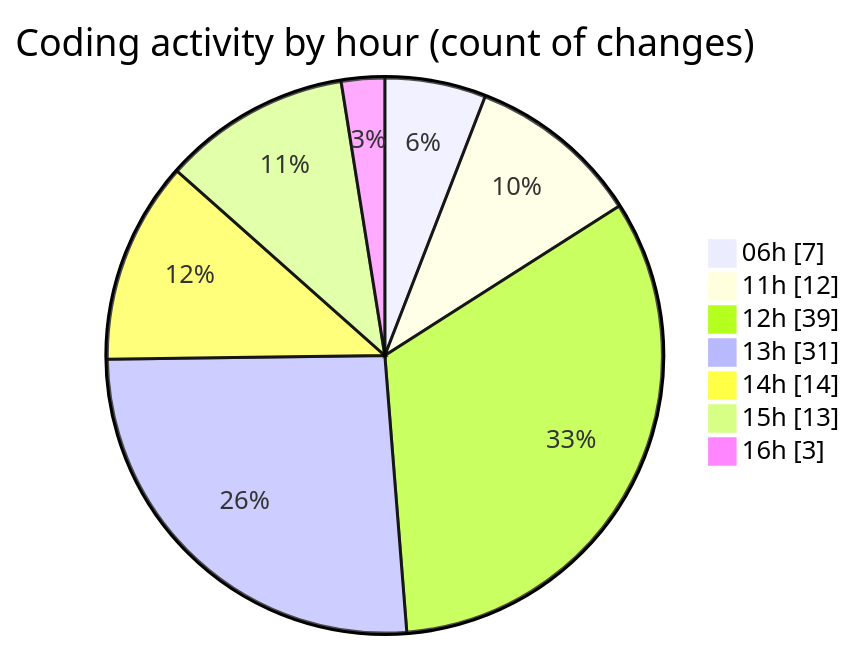
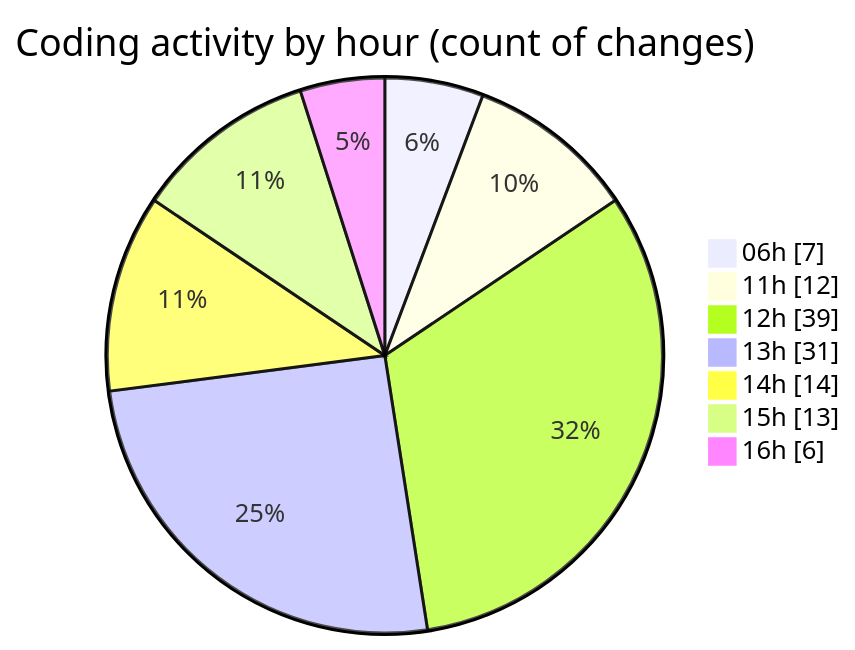
The second of 2 diagrams in 2025-07-14/ribbon/README.md (EIIisD/code-tracking), drawn with Mermaid before and after one commit. The commit also changed other lines of this file and 1 other file, not shown here.

````diff
--- a/2025-07-14/ribbon/README.md
+++ b/2025-07-14/ribbon/README.md
@@ -66,11 +66,11 @@
 ```mermaid
 pie showData
 title Coding activity by hour (count of changes)
 "06h" : 7
 "11h" : 12
 "12h" : 39
 "13h" : 31
 "14h" : 14
 "15h" : 13
-"16h" : 3
+"16h" : 6
 ```
````
